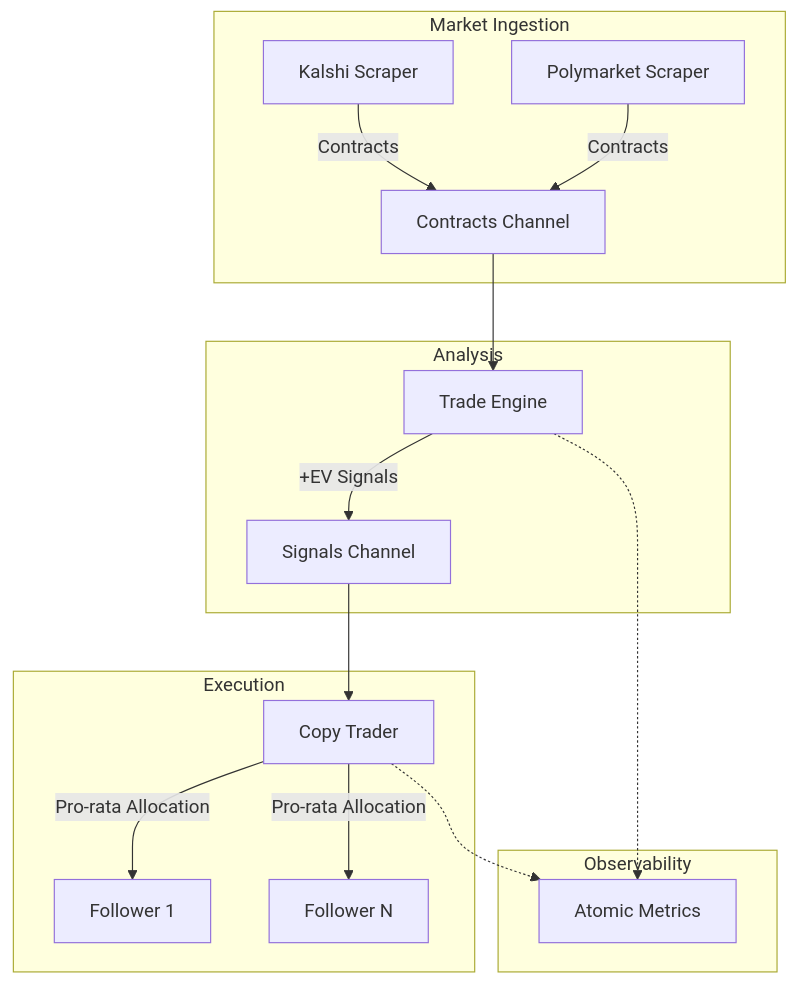
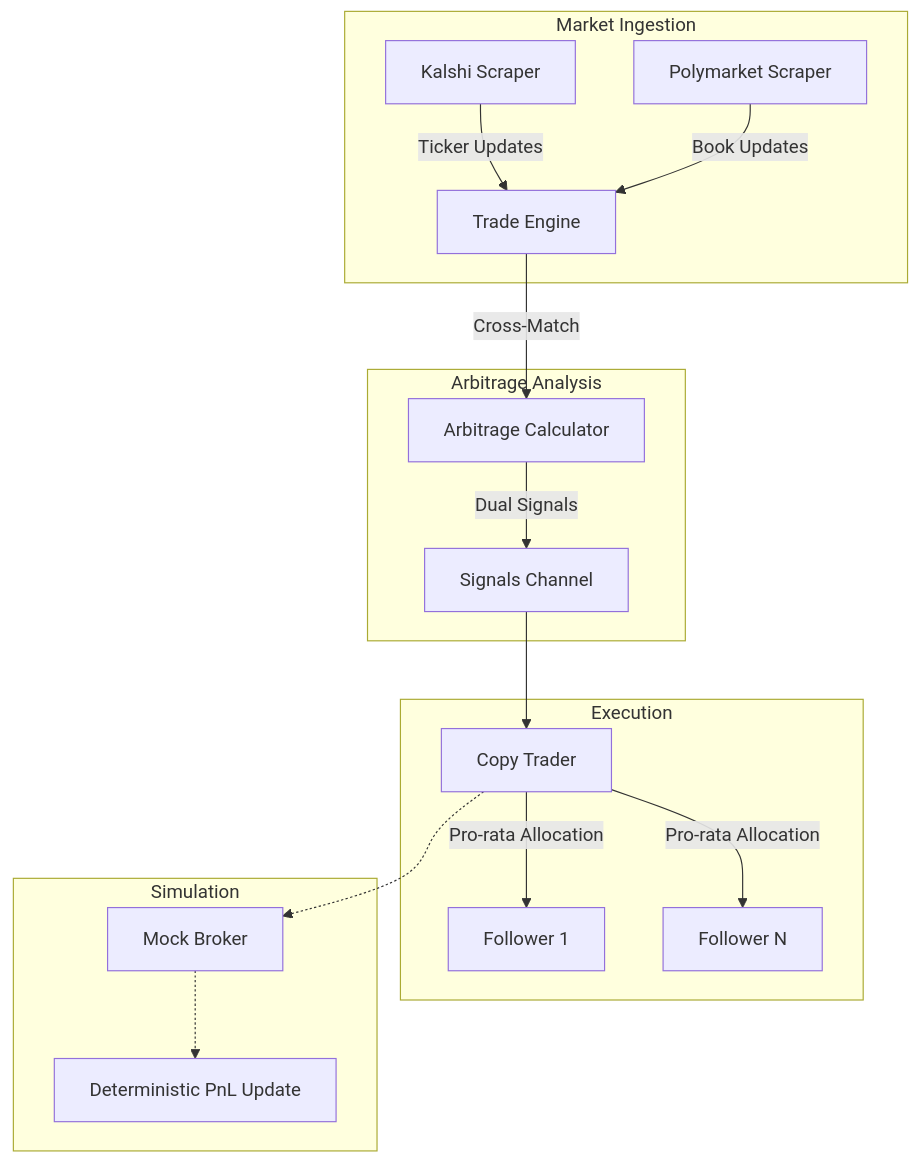
Before and after one commit to CiaranMccarthy1/Predictly: the diagram in README.md, drawn with Mermaid. The commit also changed other lines of this file and 2 other files, not shown here.

Commit message:
feat: implement cross-exchange arbitrage scraper and update project documentation for dual-leg execution workflow

````diff
--- a/README.md
+++ b/README.md
@@ -16,23 +16,23 @@
 ```mermaid
 graph TD
     subgraph Market Ingestion
-        K[Kalshi Scraper] --> |Contracts| C[Contracts Channel]
-        P[Polymarket Scraper] --> |Contracts| C
+        K[Kalshi Scraper] --> |Ticker Updates| TE[Trade Engine]
+        P[Polymarket Scraper] --> |Book Updates| TE
     end
 
-    subgraph Analysis
-        C --> TE[Trade Engine]
-        TE --> |+EV Signals| S[Signals Channel]
+    subgraph Arbitrage Analysis
+        TE --> |Cross-Match| Arb[Arbitrage Calculator]
+        Arb --> |Dual Signals| S[Signals Channel]
     end
 
     subgraph Execution
         S --> CT[Copy Trader]
         CT --> |Pro-rata Allocation| F1[Follower 1]
         CT --> |Pro-rata Allocation| F2[Follower N]
     end
 
-    subgraph Observability
-        TE -.-> M[Atomic Metrics]
-        CT -.-> M
+    subgraph Simulation
+        CT -.-> MB[Mock Broker]
+        MB -.-> PnL[Deterministic PnL Update]
     end
 ```
````
